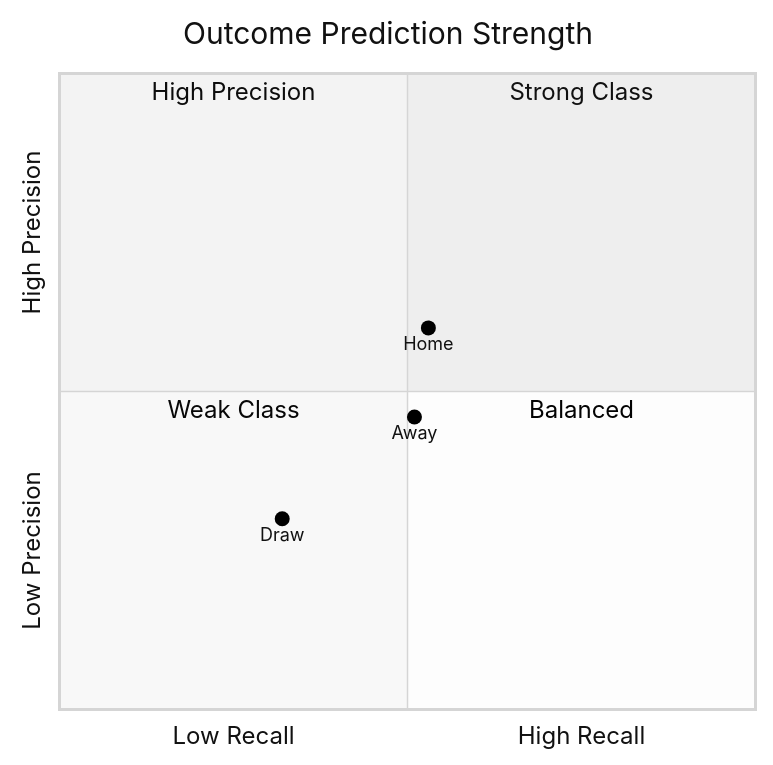
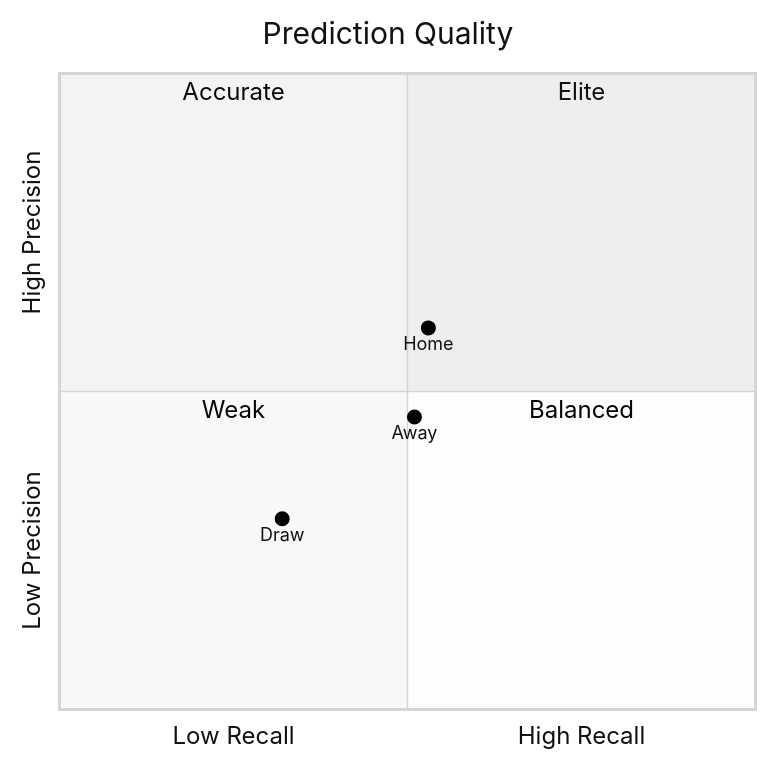
One commit to sai-ganesh-4539/StatVault changed the fourth of 9 diagrams in Match_Prediction_Intelligence.md. Above: the diagram before and after it, drawn with Mermaid (neutral theme). The commit also changed other lines of this file, not shown here.

````diff
--- a/Match_Prediction_Intelligence.md
+++ b/Match_Prediction_Intelligence.md
@@ -129,17 +151,17 @@
 ```mermaid
 quadrantChart
 
-title Outcome Prediction Strength
+title Prediction Quality
 
 x-axis Low Recall --> High Recall
 y-axis Low Precision --> High Precision
 
-quadrant-1 Strong Class
-quadrant-2 High Precision
-quadrant-3 Weak Class
+quadrant-1 Elite
+quadrant-2 Accurate
+quadrant-3 Weak
 quadrant-4 Balanced
 
 Home:[0.53,0.60]
 Draw:[0.32,0.30]
 Away:[0.51,0.46]
 ```
````
